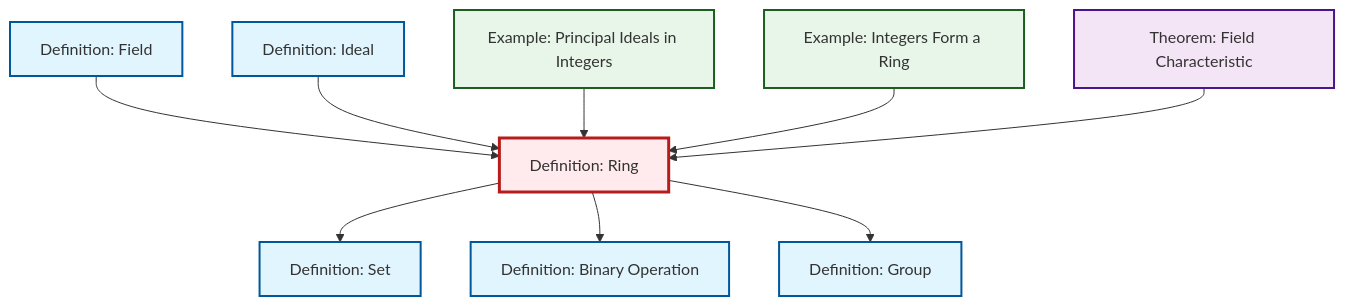
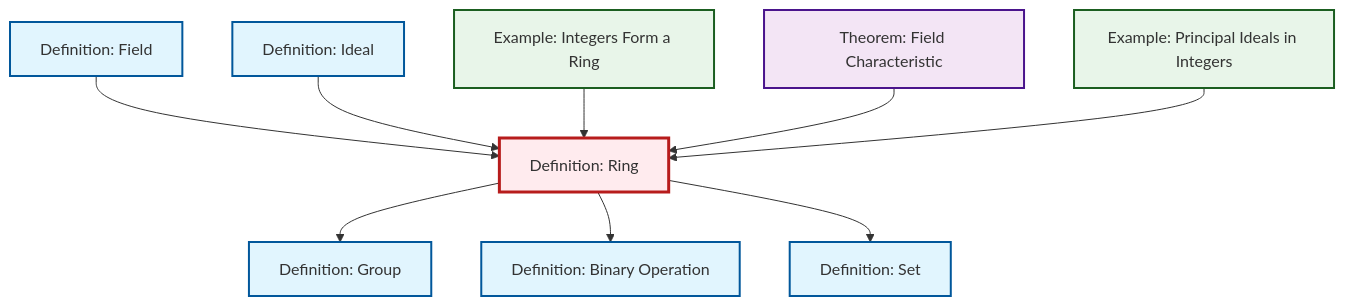
Before and after one commit to RK0429/ModernMath: the diagram in content/ja/algebra/def-ring.qmd, drawn with Mermaid. The commit also changed other lines of this file and 417 other files, not shown here.

````diff
--- a/content/ja/algebra/def-ring.qmd
+++ b/content/ja/algebra/def-ring.qmd
@@ -60,35 +60,35 @@
 ```{mermaid}
 %%| fig-cap: "Local dependency graph"
 graph TD
     classDef definition fill:#e1f5fe,stroke:#01579b,stroke-width:2px
     classDef theorem fill:#f3e5f5,stroke:#4a148c,stroke-width:2px
     classDef axiom fill:#fff3e0,stroke:#e65100,stroke-width:2px
     classDef example fill:#e8f5e9,stroke:#1b5e20,stroke-width:2px
     classDef current fill:#ffebee,stroke:#b71c1c,stroke-width:3px
+    def-field["Definition: Field"]:::definition
+    ex-integers-ring["Example: Integers Form a Ring"]:::example
+    def-ring["Definition: Ring"]:::definition
+    thm-field-characteristic["Theorem: Field Characteristic"]:::theorem
+    def-binary-operation["Definition: Binary Operation"]:::definition
+    ex-principal-ideal["Example: Principal Ideals in Integers"]:::example
     def-ideal["Definition: Ideal"]:::definition
+    def-group["Definition: Group"]:::definition
     def-set["Definition: Set"]:::definition
-    def-group["Definition: Group"]:::definition
-    def-field["Definition: Field"]:::definition
-    thm-field-characteristic["Theorem: Field Characteristic"]:::theorem
-    def-ring["Definition: Ring"]:::definition
-    ex-principal-ideal["Example: Principal Ideals in Integers"]:::example
-    ex-integers-ring["Example: Integers Form a Ring"]:::example
-    def-binary-operation["Definition: Binary Operation"]:::definition
-    def-ring --> def-set
     def-field --> def-ring
+    def-ring --> def-group
     def-ideal --> def-ring
-    ex-principal-ideal --> def-ring
+    def-ring --> def-binary-operation
     ex-integers-ring --> def-ring
     thm-field-characteristic --> def-ring
-    def-ring --> def-binary-operation
-    def-ring --> def-group
+    def-ring --> def-set
+    ex-principal-ideal --> def-ring
     class def-ring current
+    click def-field "def-field.html" "Definition: Fieldへ"
+    click ex-integers-ring "ex-integers-ring.html" "Example: Integers Form a Ringへ"
+    click thm-field-characteristic "thm-field-characteristic.html" "Theorem: Field Characteristicへ"
+    click def-binary-operation "def-binary-operation.html" "Definition: Binary Operationへ"
+    click ex-principal-ideal "ex-principal-ideal.html" "Example: Principal Ideals in Integersへ"
     click def-ideal "def-ideal.html" "Definition: Idealへ"
+    click def-group "def-group.html" "Definition: Groupへ"
     click def-set "def-set.html" "Definition: Setへ"
-    click def-group "def-group.html" "Definition: Groupへ"
-    click def-field "def-field.html" "Definition: Fieldへ"
-    click thm-field-characteristic "thm-field-characteristic.html" "Theorem: Field Characteristicへ"
-    click ex-principal-ideal "ex-principal-ideal.html" "Example: Principal Ideals in Integersへ"
-    click ex-integers-ring "ex-integers-ring.html" "Example: Integers Form a Ringへ"
-    click def-binary-operation "def-binary-operation.html" "Definition: Binary Operationへ"
 ```
````
